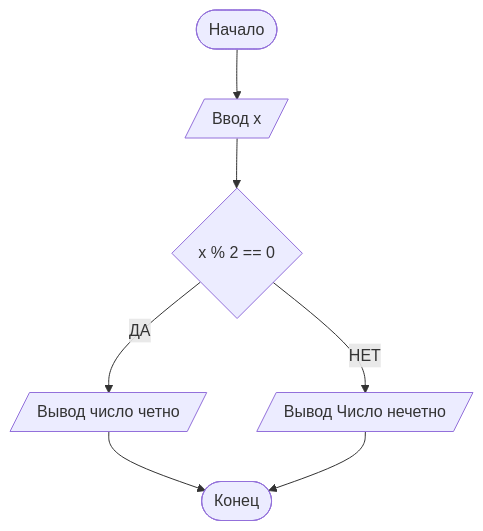
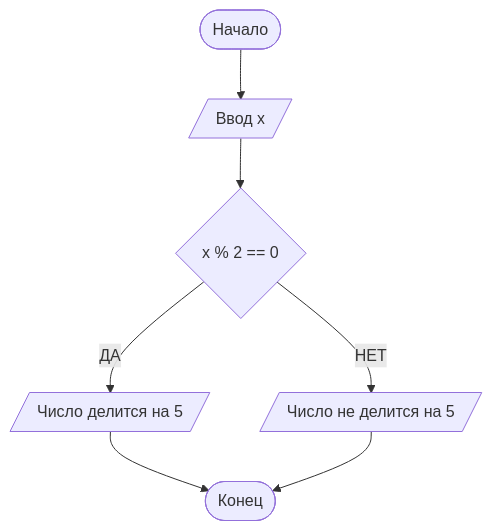
Before and after one commit to ianov-yegor-stud/IVANOV-LR3-OCTII-IVT-ISY103B: the diagram in README.md, drawn with Mermaid. The commit also changed other lines of this file, not shown here.

````diff
--- a/README.md
+++ b/README.md
@@ -62,7 +62,7 @@
 ```mermaid
 flowchart TD
    A([Начало]) -->
    B[/Ввод x/] -->
-   C{x % 2 == 0} --> |ДА| D[/Вывод число четно/] --> Z([Конец])
-C --> |НЕТ| E[/Вывод Число нечетно/] --> Z
+   C{x % 2 == 0} --> |ДА| D[/Число делится на 5/] --> Z([Конец])
+C --> |НЕТ| E[/Число не делится на 5/] --> Z
 ```
````
